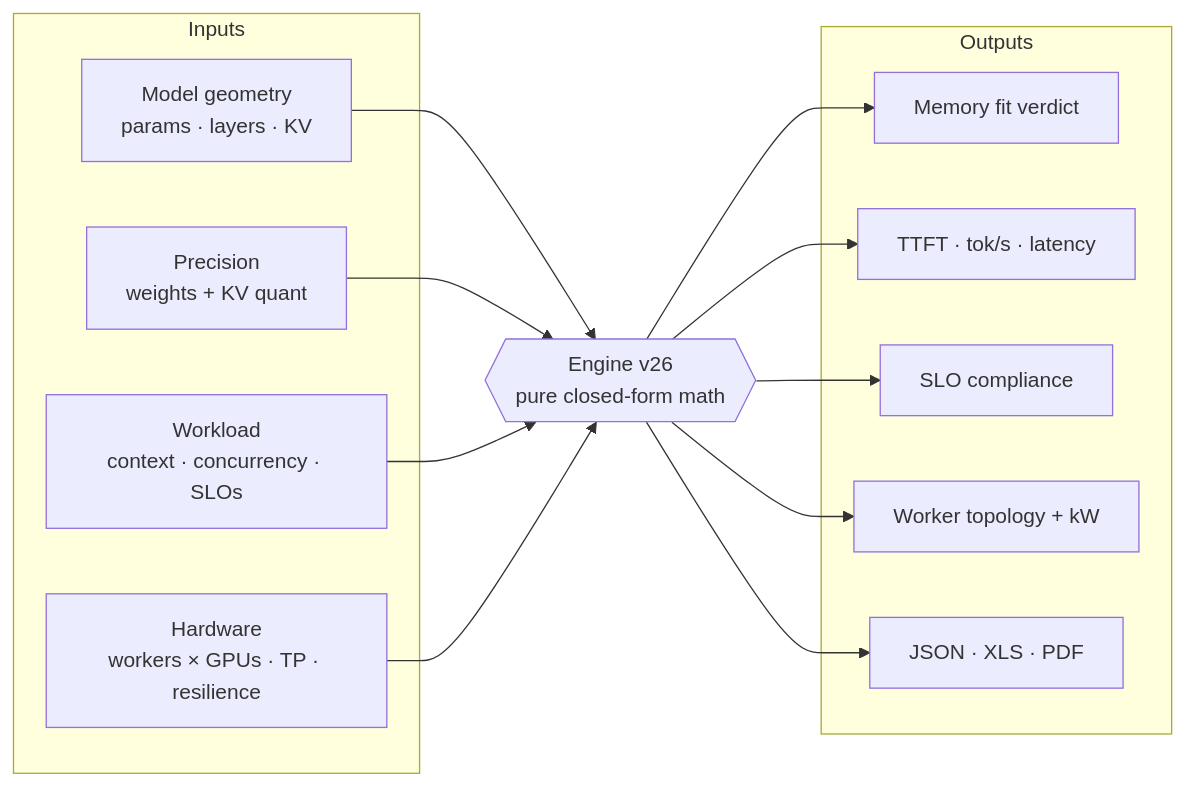
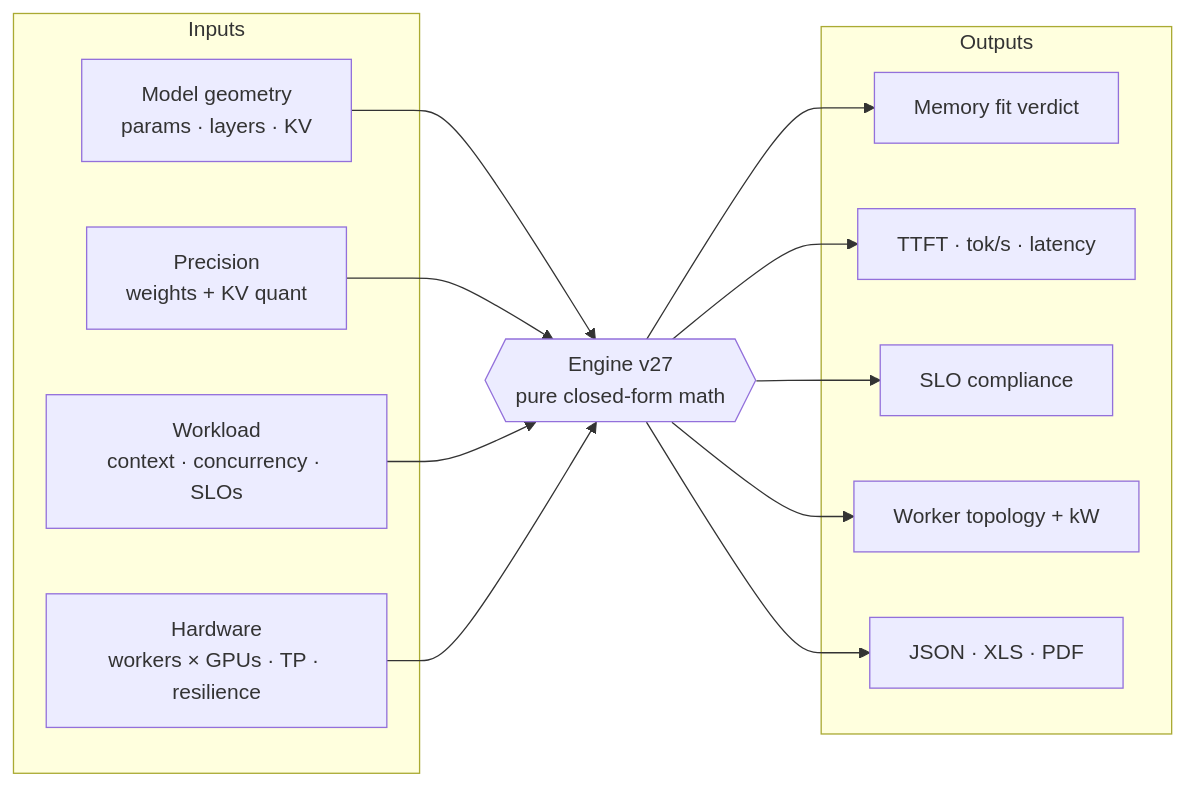
Before and after one commit to mahmoudyassine/gpu-scale-tool: the diagram in README.md, drawn with Mermaid. The commit also changed other lines of this file and 19 other files, not shown here.

````diff
--- a/README.md
+++ b/README.md
@@ -73,26 +74,26 @@
 ```mermaid
 flowchart LR
     subgraph Inputs
         M[Model geometry<br>params · layers · KV]
         P[Precision<br>weights + KV quant]
         W[Workload<br>context · concurrency · SLOs]
         H[Hardware<br>workers × GPUs · TP · resilience]
     end
-    E{{Engine v26<br>pure closed-form math}}
+    E{{Engine v27<br>pure closed-form math}}
     subgraph Outputs
         F[Memory fit verdict]
         K[TTFT · tok/s · latency]
         S[SLO compliance]
         T[Worker topology + kW]
         X[JSON · XLS · PDF]
     end
     M --> E
     P --> E
     W --> E
     H --> E
     E --> F
     E --> K
     E --> S
     E --> T
     E --> X
 ```
````
